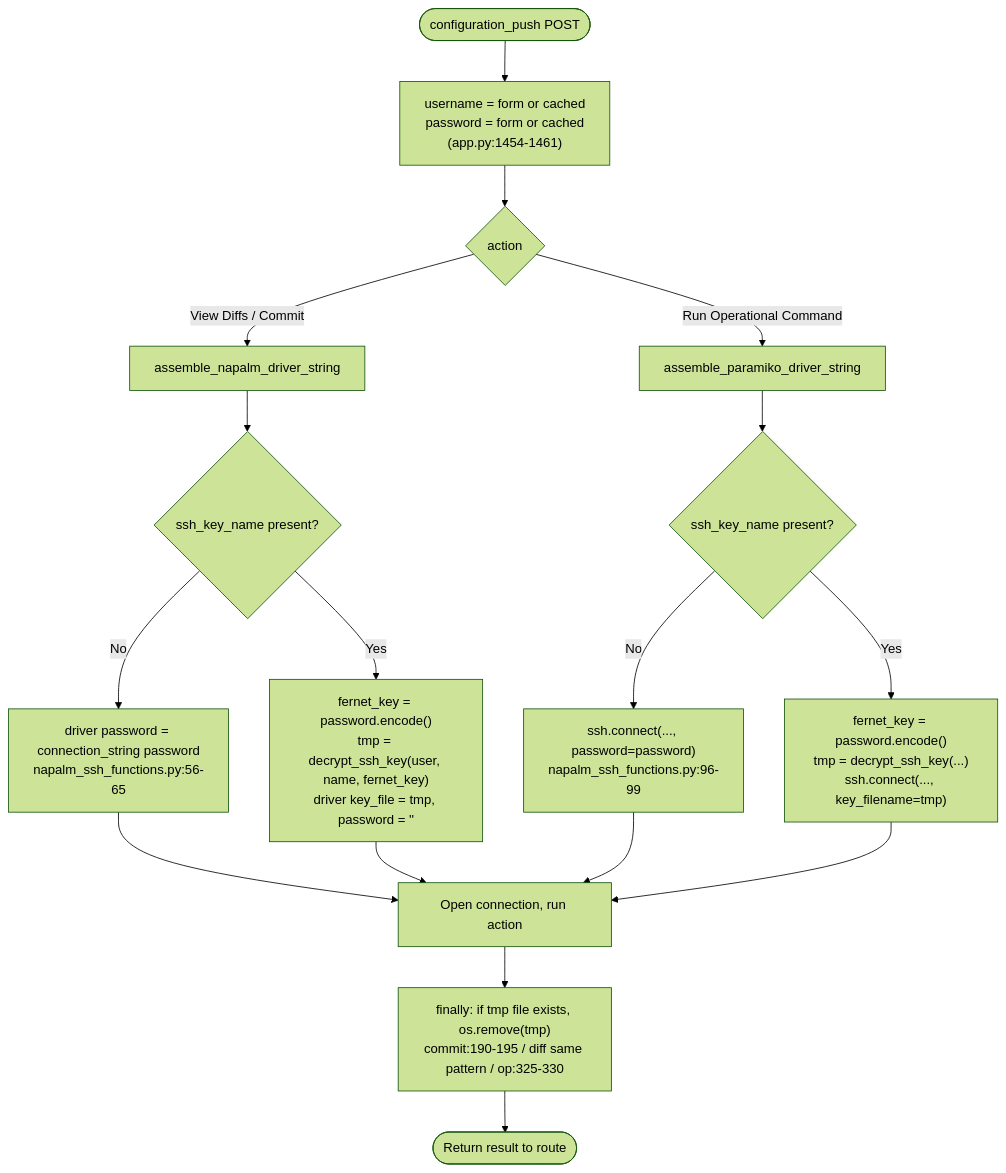
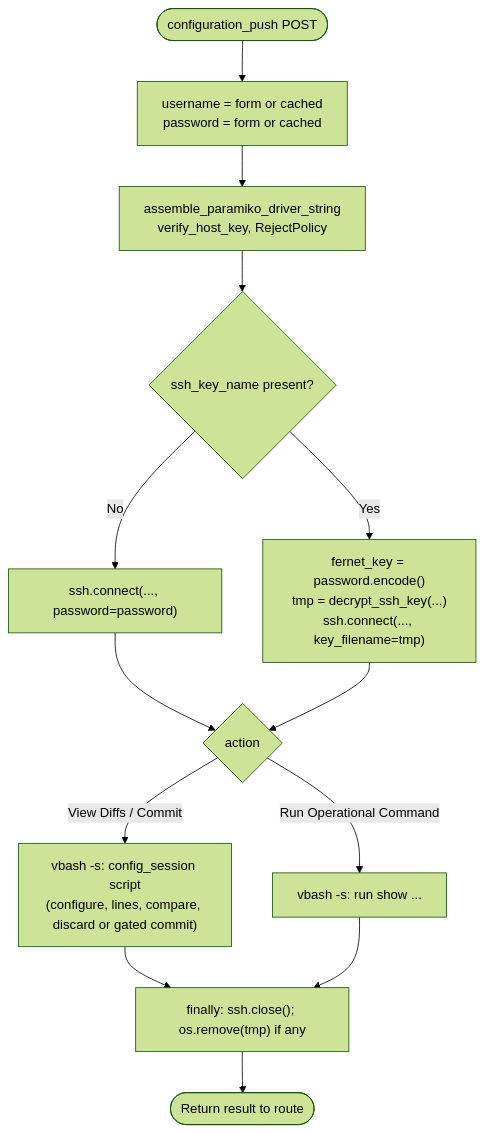
The third of 5 diagrams in docs/ssh-credential-handling.md (ibehren1/fw-gui), drawn with Mermaid (forest theme) before and after one commit. The commit also changed other lines of this file and 6 other files, not shown here.

First line of the commit message:
docs: describe the Paramiko config session push; NAPALM is gone (4.2.7)

````diff
--- a/docs/ssh-credential-handling.md
+++ b/docs/ssh-credential-handling.md
@@ -135,22 +138,15 @@
 ```mermaid
 flowchart TD
-    START([configuration_push POST]) --> CRED["username = form or cached<br/>password = form or cached<br/>(app.py:1454-1461)"]
-    CRED --> ACT{action}
-    ACT -->|View Diffs / Commit| NAP[assemble_napalm_driver_string]
-    ACT -->|Run Operational Command| PAR[assemble_paramiko_driver_string]
-
-    NAP --> NK{ssh_key_name present?}
-    NK -->|No| NPW["driver password = connection_string password<br/>napalm_ssh_functions.py:56-65"]
-    NK -->|Yes| NDEC["fernet_key = password.encode()<br/>tmp = decrypt_ssh_key(user, name, fernet_key)<br/>driver key_file = tmp, password = ''"]
-
+    START([configuration_push POST]) --> CRED["username = form or cached<br/>password = form or cached"]
+    CRED --> PAR["assemble_paramiko_driver_string<br/>verify_host_key, RejectPolicy"]
     PAR --> PK{ssh_key_name present?}
-    PK -->|No| PPW["ssh.connect(..., password=password)<br/>napalm_ssh_functions.py:96-99"]
+    PK -->|No| PPW["ssh.connect(..., password=password)"]
     PK -->|Yes| PDEC["fernet_key = password.encode()<br/>tmp = decrypt_ssh_key(...)<br/>ssh.connect(..., key_filename=tmp)"]
-
-    NPW --> RUN[Open connection, run action]
-    NDEC --> RUN
-    PPW --> RUN
-    PDEC --> RUN
-    RUN --> FIN["finally: if tmp file exists, os.remove(tmp)<br/>commit:190-195 / diff same pattern / op:325-330"]
+    PPW --> ACT{action}
+    PDEC --> ACT
+    ACT -->|View Diffs / Commit| CS["vbash -s: config_session script<br/>(configure, lines, compare, discard or gated commit)"]
+    ACT -->|Run Operational Command| OP["vbash -s: run show ..."]
+    CS --> FIN["finally: ssh.close(); os.remove(tmp) if any"]
+    OP --> FIN
     FIN --> DONE([Return result to route])
 ```
````
